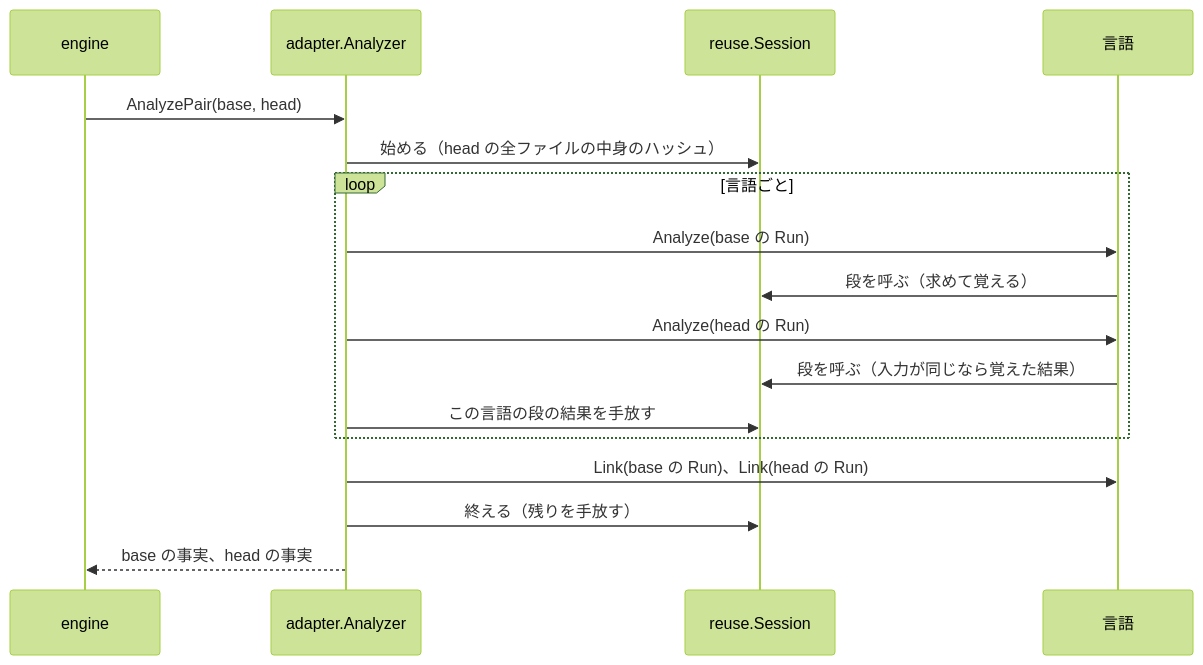
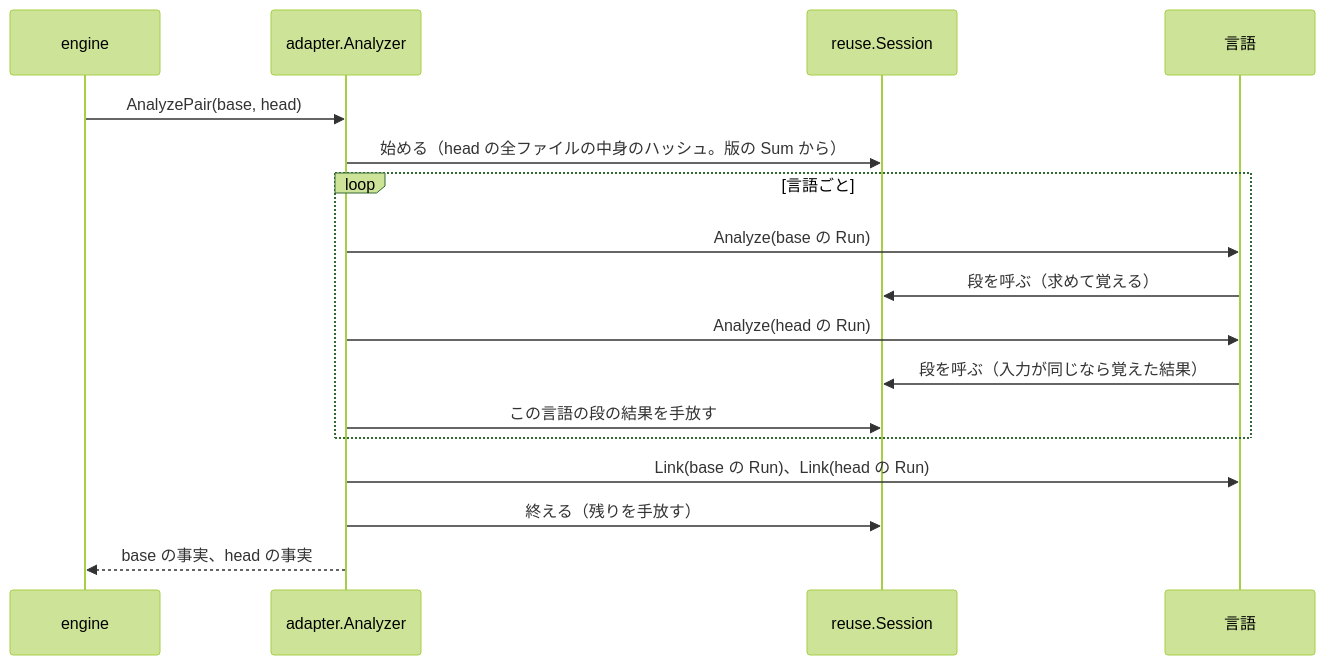
The first of 2 diagrams in docs/design/analysis-reuse.ja.md (rerorets/hadome), drawn with Mermaid (forest theme) before and after one commit. The commit also changed other lines of this file and 3 other files, not shown here.

````diff
--- a/docs/design/analysis-reuse.ja.md
+++ b/docs/design/analysis-reuse.ja.md
@@ -139,19 +140,19 @@
 ```mermaid
 sequenceDiagram
   participant E as engine
   participant A as adapter.Analyzer
   participant S as reuse.Session
   participant L as 言語
   E->>A: AnalyzePair(base, head)
-  A->>S: 始める（head の全ファイルの中身のハッシュ）
+  A->>S: 始める（head の全ファイルの中身のハッシュ。版の Sum から）
   loop 言語ごと
     A->>L: Analyze(base の Run)
     L->>S: 段を呼ぶ（求めて覚える）
     A->>L: Analyze(head の Run)
     L->>S: 段を呼ぶ（入力が同じなら覚えた結果）
     A->>S: この言語の段の結果を手放す
   end
   A->>L: Link(base の Run)、Link(head の Run)
   A->>S: 終える（残りを手放す）
   A-->>E: base の事実、head の事実
 ```
````
